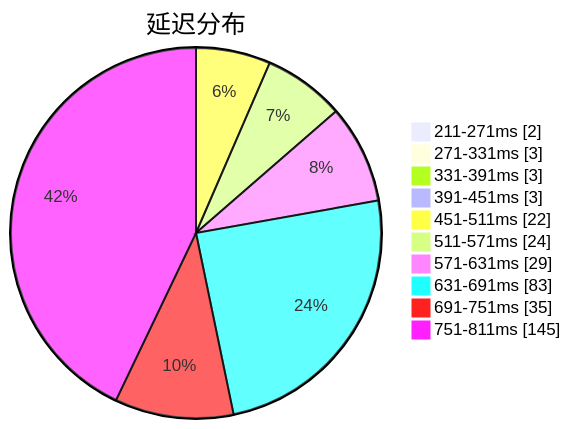
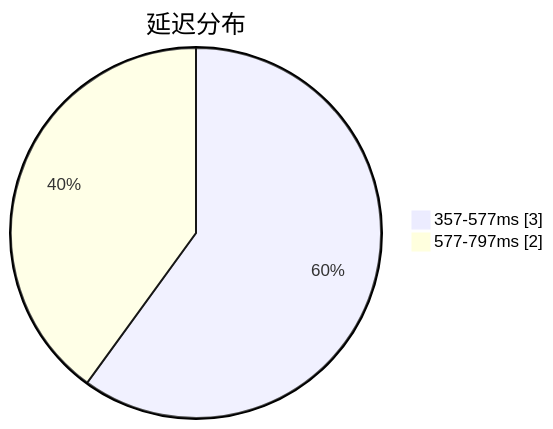
The first of 3 diagrams in subs/statistics/tested_within.md (qjlxg/airport), drawn with Mermaid before and after one commit. The commit also changed other lines of this file and 2 other files, not shown here.

Commit message:
Tested by metaST

````diff
--- a/subs/statistics/tested_within.md
+++ b/subs/statistics/tested_within.md
@@ -2,14 +2,6 @@
 ```mermaid
 pie showData
 title 延迟分布
-"211-271ms" : 2
-"271-331ms" : 3
-"331-391ms" : 3
-"391-451ms" : 3
-"451-511ms" : 22
-"511-571ms" : 24
-"571-631ms" : 29
-"631-691ms" : 83
-"691-751ms" : 35
-"751-811ms" : 145
+"357-577ms" : 3
+"577-797ms" : 2
 ```
````
